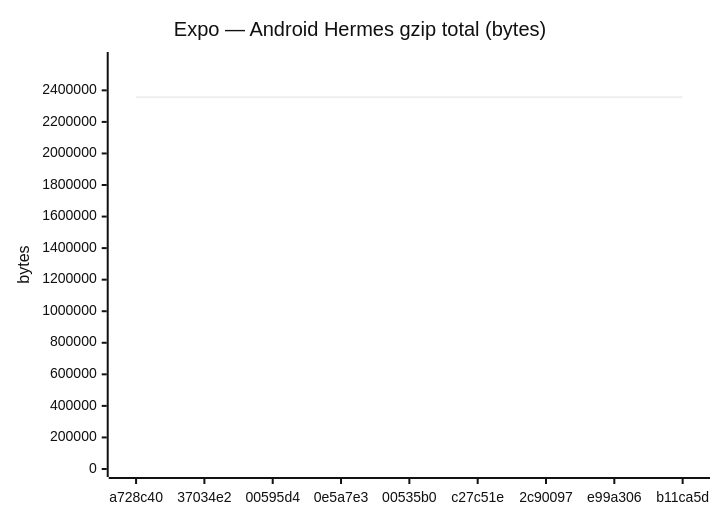
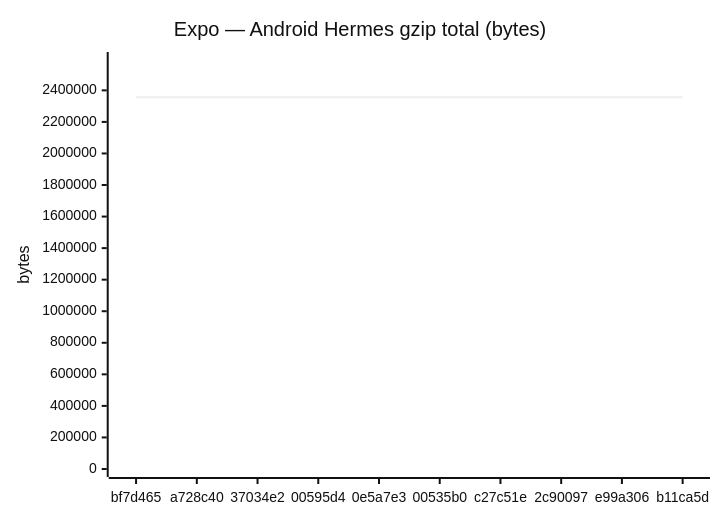
Before and after one commit to Metaheurist/Rianell: the seventh of 24 diagrams in benchmarks/compare.md, drawn with Mermaid (neutral theme). The commit also changed other lines of this file and 12 other files, not shown here.

````diff
--- a/benchmarks/compare.md
+++ b/benchmarks/compare.md
@@ -112,7 +116,7 @@
 ```mermaid
 xychart-beta
     title "Expo — Android Hermes gzip total (bytes)"
-    x-axis ["a728c40", "37034e2", "00595d4", "0e5a7e3", "00535b0", "c27c51e", "2c90097", "e99a306", "b11ca5d"]
-    y-axis "bytes" 0 --> 2592354
-    line [2356685, 2356472, 2356474, 2356472, 2356301, 2356304, 2356302, 2356302, 2356299]
+    x-axis ["bf7d465", "a728c40", "37034e2", "00595d4", "0e5a7e3", "00535b0", "c27c51e", "2c90097", "e99a306", "b11ca5d"]
+    y-axis "bytes" 0 --> 2592355
+    line [2356686, 2356685, 2356472, 2356474, 2356472, 2356301, 2356304, 2356302, 2356302, 2356299]
 ```
````
